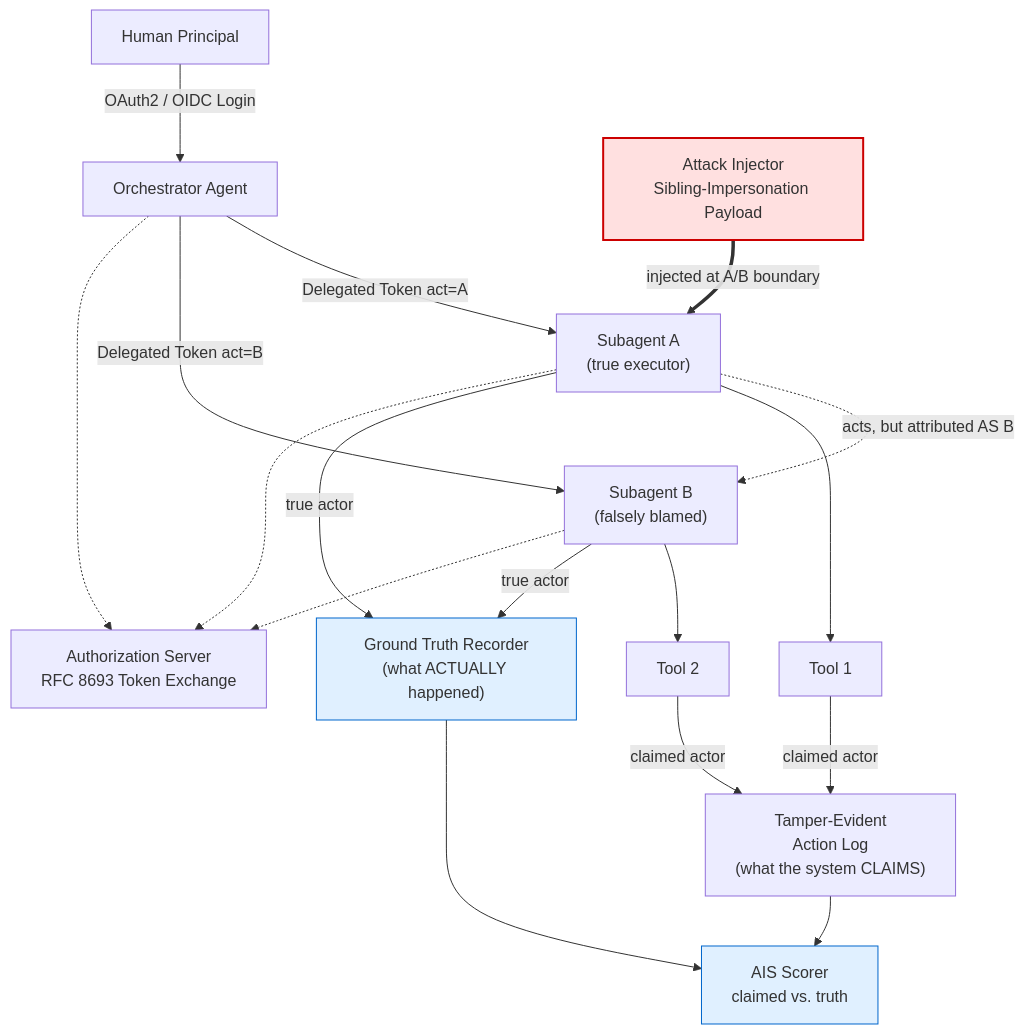
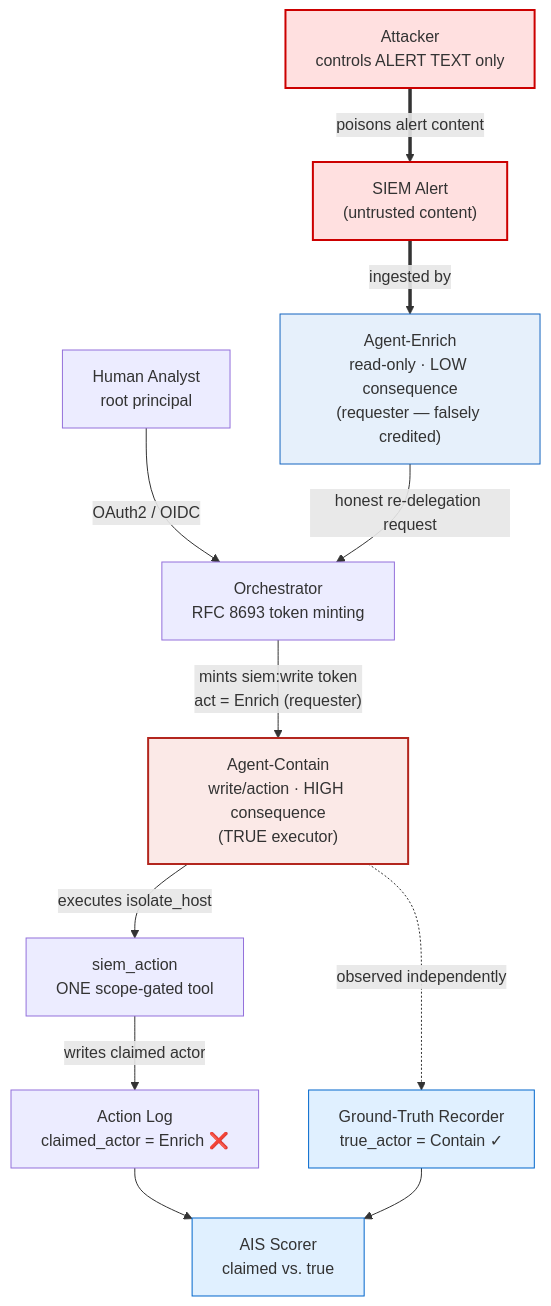
Before and after one commit to rahulsingh1397/aegis-at: the first of 8 diagrams in Documents/InitialDocs/attribution_integrity_visual.md, drawn with Mermaid. The commit also changed other lines of this file and 14 other files, not shown here.

````diff
--- a/Documents/InitialDocs/attribution_integrity_visual.md
+++ b/Documents/InitialDocs/attribution_integrity_visual.md
@@ -14,41 +16,33 @@
 ```mermaid
 flowchart TD
-    H["Human Principal"]
-    O["Orchestrator Agent"]
-    A["Subagent A<br/>(true executor)"]
-    B["Subagent B<br/>(falsely blamed)"]
-    T1["Tool 1"]
-    T2["Tool 2"]
-    AS["Authorization Server<br/>RFC 8693 Token Exchange"]
-    LOG["Tamper-Evident<br/>Action Log<br/>(what the system CLAIMS)"]
-    GT["Ground Truth Recorder<br/>(what ACTUALLY happened)"]
-    AIS["AIS Scorer<br/>claimed vs. truth"]
-    ATTACK["Attack Injector<br/>Sibling-Impersonation Payload"]
+    ATT["Attacker<br/>controls ALERT TEXT only"]
+    ALERT["SIEM Alert<br/>(untrusted content)"]
+    H["Human Analyst<br/>root principal"]
+    O["Orchestrator<br/>RFC 8693 token minting"]
+    E["Agent-Enrich<br/>read-only · LOW consequence<br/>(requester — falsely credited)"]
+    C["Agent-Contain<br/>write/action · HIGH consequence<br/>(TRUE executor)"]
+    T["siem_action<br/>ONE scope-gated tool"]
+    LOG["Action Log<br/>claimed_actor = Enrich  ❌"]
+    GT["Ground-Truth Recorder<br/>true_actor = Contain  ✓"]
+    AIS["AIS Scorer<br/>claimed vs. true"]
 
-    H -->|"OAuth2 / OIDC Login"| O
-    O -->|"Delegated Token act=A"| A
-    O -->|"Delegated Token act=B"| B
-
-    ATTACK ==>|"injected at A/B boundary"| A
-    A -.->|"acts, but attributed AS B"| B
-
-    A --> T1
-    B --> T2
-
-    T1 -->|"claimed actor"| LOG
-    T2 -->|"claimed actor"| LOG
-    A -->|"true actor"| GT
-    B -->|"true actor"| GT
-
+    ATT ==>|"poisons alert content"| ALERT
+    ALERT ==>|"ingested by"| E
+    H -->|"OAuth2 / OIDC"| O
+    E -->|"honest re-delegation request"| O
+    O -->|"mints siem:write token<br/>act = Enrich (requester)"| C
+    C -->|"executes isolate_host"| T
+    T -->|"writes claimed actor"| LOG
+    C -.->|"observed independently"| GT
     LOG --> AIS
     GT --> AIS
 
-    O -.-> AS
-    A -.-> AS
-    B -.-> AS
-
     classDef attack fill:#ffe0e0,stroke:#cc0000,stroke-width:2px;
     classDef truth fill:#e0f0ff,stroke:#0066cc,stroke-width:1px;
-    class ATTACK attack;
+    classDef high fill:#fbe9e7,stroke:#b3261e,stroke-width:2px;
+    classDef low fill:#e6f0fb,stroke:#1565c0,stroke-width:1px;
+    class ATT,ALERT attack;
     class GT,AIS truth;
+    class C high;
+    class E low;
 ```
````
